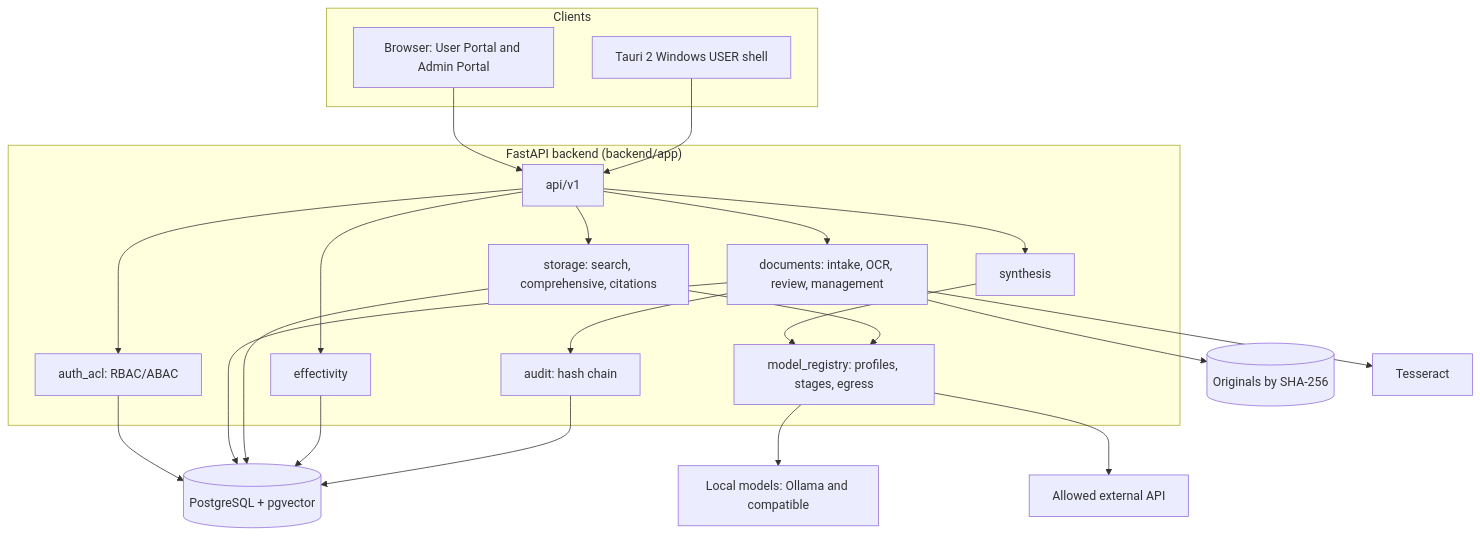
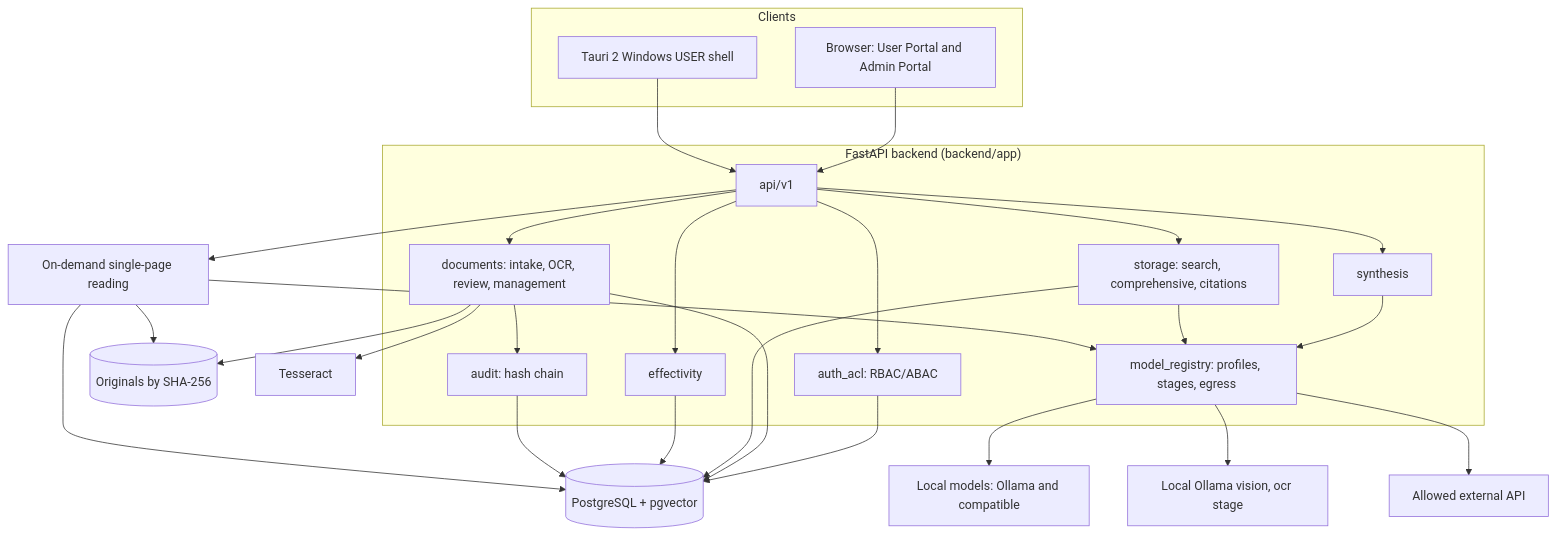
One commit to deviouslove-ship-it/Evidence_RAG_Handoff changed the diagram in docs/en/ARCHITECTURE_OVERVIEW.md. Above: the diagram before and after it, drawn with Mermaid. The commit also changed other lines of this file and 85 other files, not shown here.

Commit message:
Lưu baseline WIP hiện có (OCR AI 0017, page text, qwen3.5) trước kế hoạch so sánh & rà soát mâu thuẫn

````diff
--- a/docs/en/ARCHITECTURE_OVERVIEW.md
+++ b/docs/en/ARCHITECTURE_OVERVIEW.md
@@ -9,38 +9,43 @@
 ```mermaid
 flowchart TB
   subgraph Clients
     W[Browser: User Portal and Admin Portal]
     D[Tauri 2 Windows USER shell]
   end
   subgraph Server["FastAPI backend (backend/app)"]
     API[api/v1]
     AUTH[auth_acl: RBAC/ABAC]
     DOC[documents: intake, OCR, review, management]
     SRCH[storage: search, comprehensive, citations]
     EFF[effectivity]
     SYN[synthesis]
     REG[model_registry: profiles, stages, egress]
     AUD[audit: hash chain]
   end
   W --> API
   D --> API
   API --> AUTH
   API --> DOC
   API --> SRCH
   API --> EFF
   API --> SYN
   SYN --> REG
   SRCH --> REG
   DOC --> AUD
   DB[(PostgreSQL + pgvector)]
   FS[(Originals by SHA-256)]
   AUTH --> DB
   DOC --> DB
   DOC --> FS
   SRCH --> DB
   EFF --> DB
   AUD --> DB
   REG --> LM[Local models: Ollama and compatible]
+  REG --> OCRAI[Local Ollama vision, ocr stage]
   REG --> EX[Allowed external API]
   DOC --> OCR[Tesseract]
+  API --> PAGE[On-demand single-page reading]
+  PAGE --> DB
+  PAGE --> FS
+  PAGE --> REG
 ```
````
